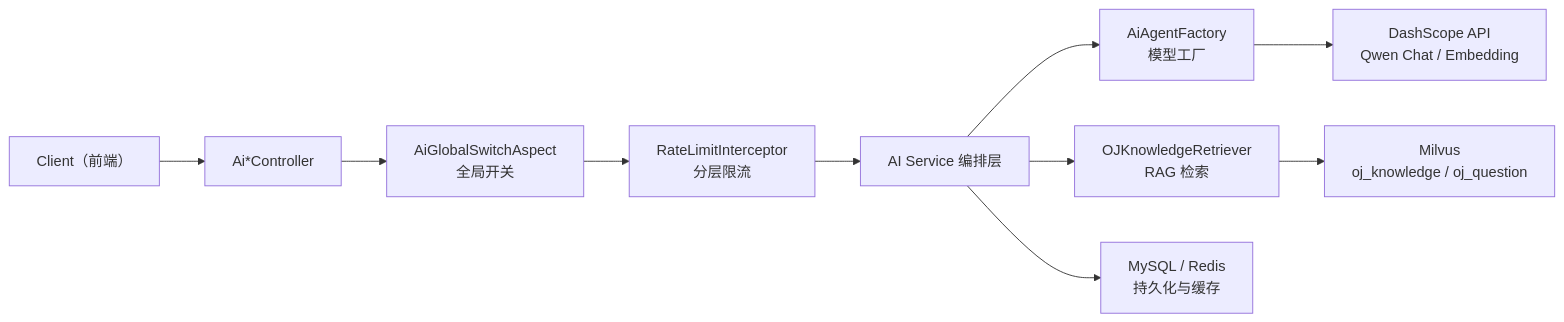
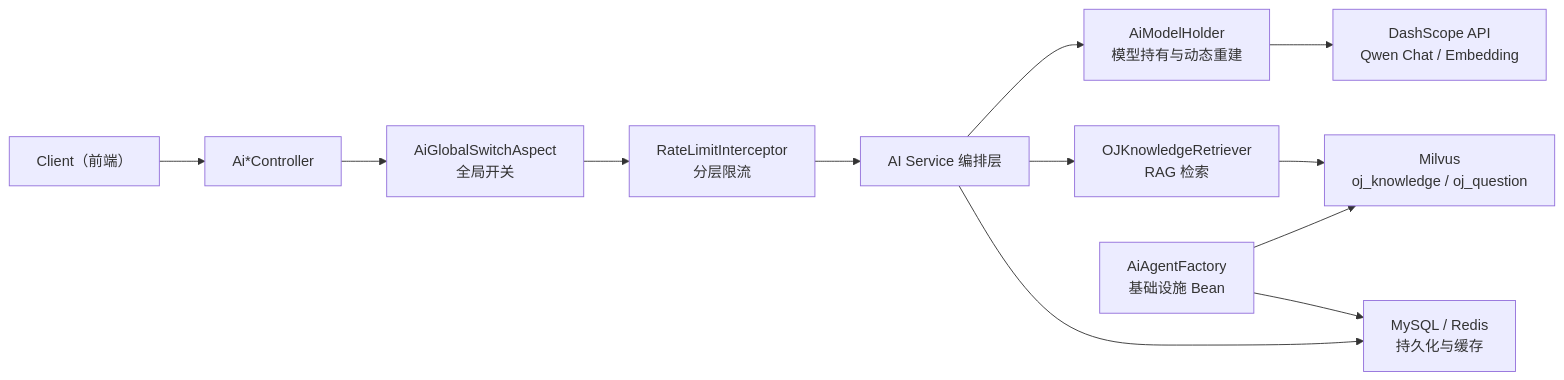
One commit to wangmengxxxi/xi_oj changed the first of 4 diagrams in MD/backend_dev_md/aigc_engineering_implementation_guide.md. Above: the diagram before and after it, drawn with Mermaid. The commit also changed other lines of this file and 19 other files, not shown here.

````diff
--- a/MD/backend_dev_md/aigc_engineering_implementation_guide.md
+++ b/MD/backend_dev_md/aigc_engineering_implementation_guide.md
@@ -45,12 +45,14 @@
 ```mermaid
 flowchart LR
     A["Client（前端）"] --> B["Ai*Controller"]
     B --> C["AiGlobalSwitchAspect<br/>全局开关"]
     C --> D["RateLimitInterceptor<br/>分层限流"]
     D --> E["AI Service 编排层"]
-    E --> F["AiAgentFactory<br/>模型工厂"]
+    E --> F["AiModelHolder<br/>模型持有与动态重建"]
     E --> G["OJKnowledgeRetriever<br/>RAG 检索"]
     E --> H["MySQL / Redis<br/>持久化与缓存"]
     G --> I["Milvus<br/>oj_knowledge / oj_question"]
     F --> J["DashScope API<br/>Qwen Chat / Embedding"]
+    K["AiAgentFactory<br/>基础设施 Bean"] --> I
+    K --> H
 ```
````
